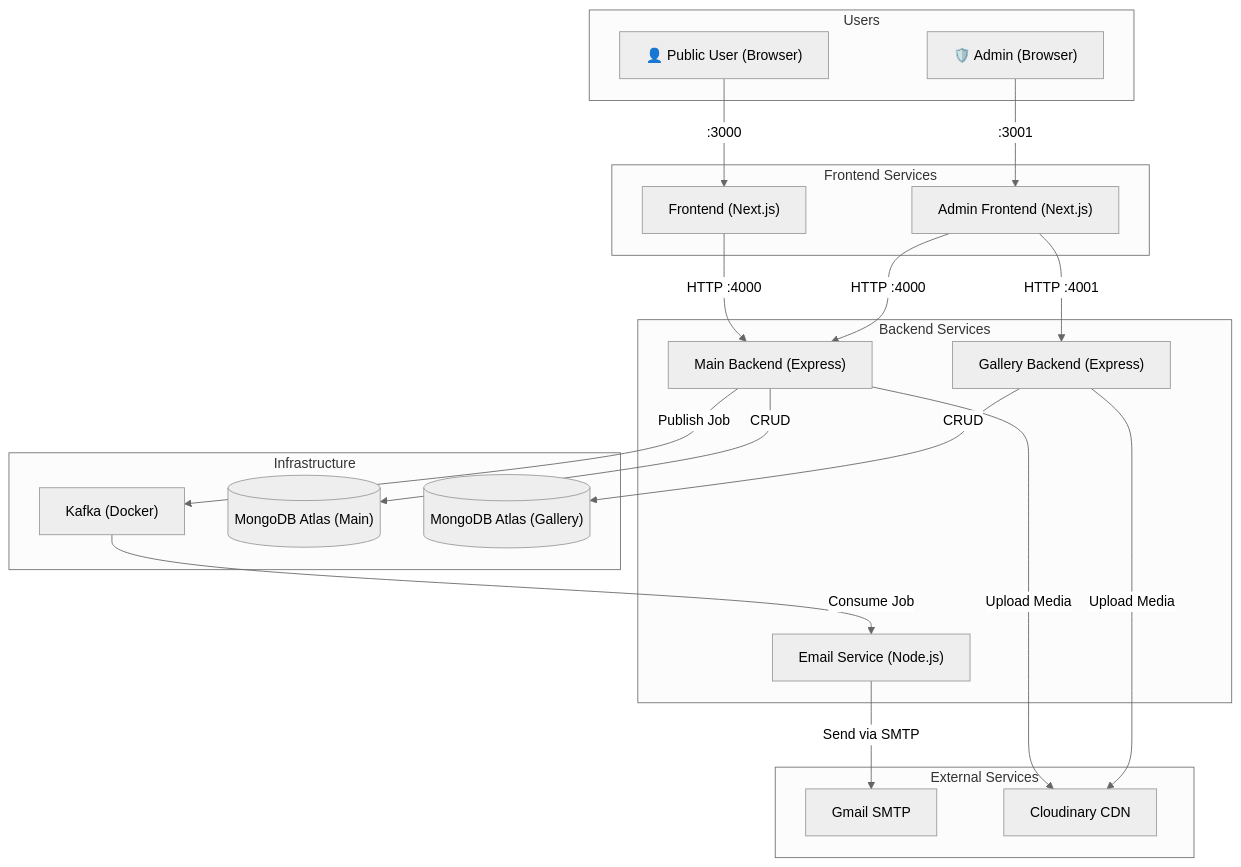
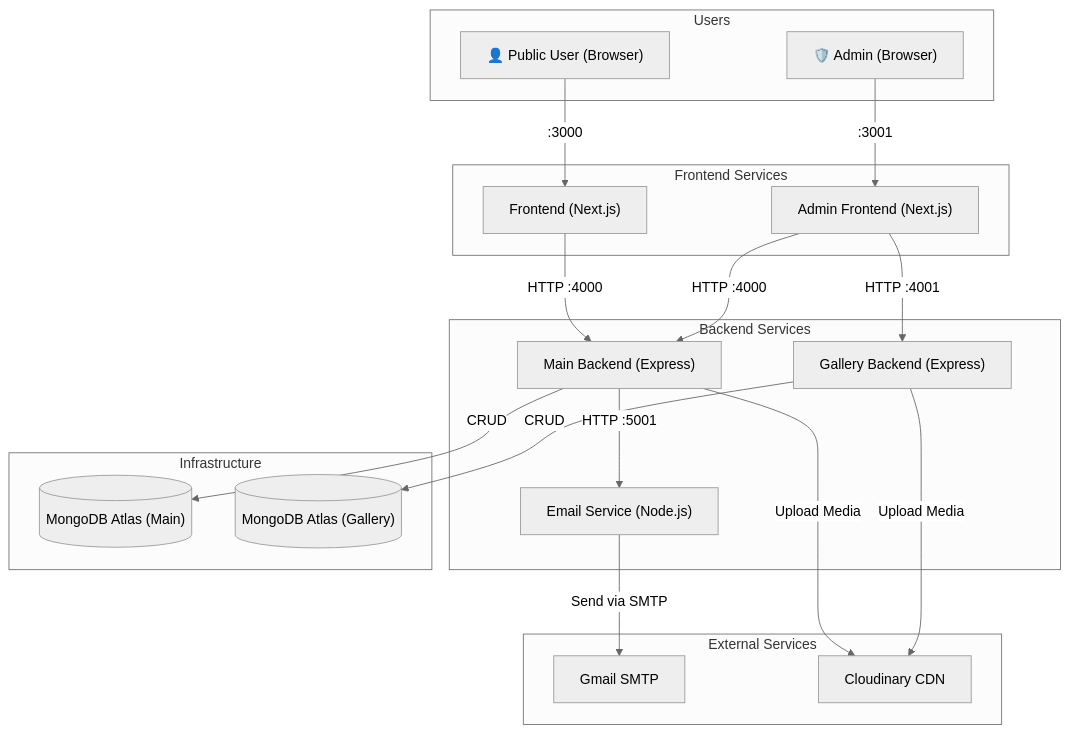
The first of 4 diagrams in README.md (NVVPrabhanjan/FAROUCHE-Website), drawn with Mermaid (neutral theme) before and after one commit. The commit also changed other lines of this file and 152 other files, not shown here.

````diff
--- a/README.md
+++ b/README.md
@@ -14,52 +14,51 @@
 ```mermaid
 graph TD
     %% Clients
     subgraph Clients ["Users"]
         U["👤 Public User (Browser)"]
         A["🛡️ Admin (Browser)"]
     end
 
     %% Frontend Layer
     subgraph Frontends ["Frontend Services"]
         FE["Frontend (Next.js)"]
         AF["Admin Frontend (Next.js)"]
     end
 
     %% Backend Layer
     subgraph Backends ["Backend Services"]
         BE["Main Backend (Express)"]
         GB["Gallery Backend (Express)"]
         ES["Email Service (Node.js)"]
     end
 
     %% Infrastructure & DBs
     subgraph Infra ["Infrastructure"]
-        KF["Kafka (Docker)"]
+
         DB1[("MongoDB Atlas (Main)")]
         DB2[("MongoDB Atlas (Gallery)")]
     end
 
     %% Third-Party Services
     subgraph External ["External Services"]
         GM["Gmail SMTP"]
         CL["Cloudinary CDN"]
     end
 
     %% Routing & Connections
     U -->|":3000"| FE
     A -->|":3001"| AF
 
     FE -->|"HTTP :4000"| BE
     AF -->|"HTTP :4000"| BE
     AF -->|"HTTP :4001"| GB
 
-    BE -->|"Publish Job"| KF
-    KF -->|"Consume Job"| ES
+    BE -->|"HTTP :5001"| ES
 
     BE -->|"CRUD"| DB1
     GB -->|"CRUD"| DB2
 
     ES -->|"Send via SMTP"| GM
     BE -->|"Upload Media"| CL
     GB -->|"Upload Media"| CL
 ```
````
